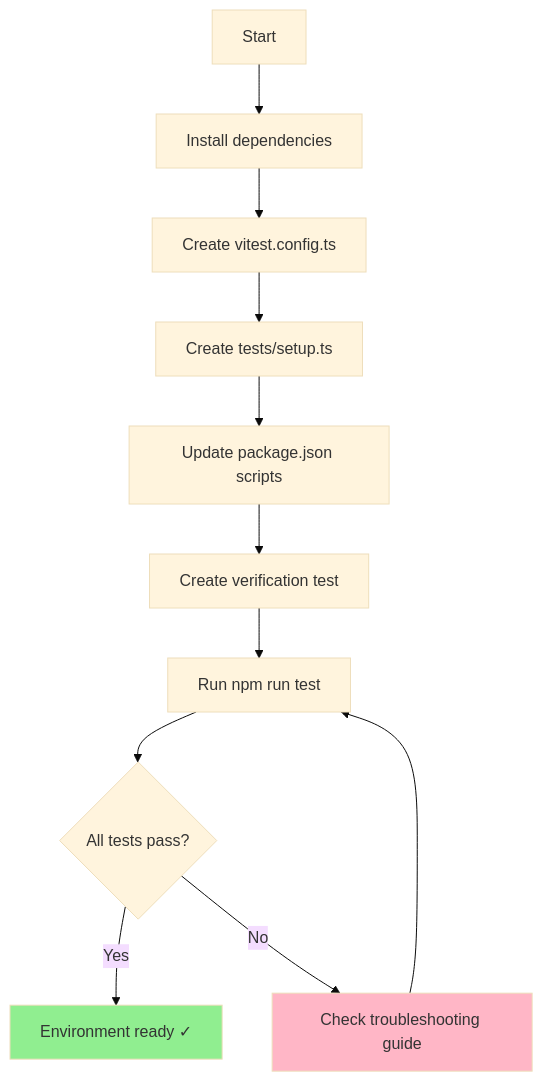
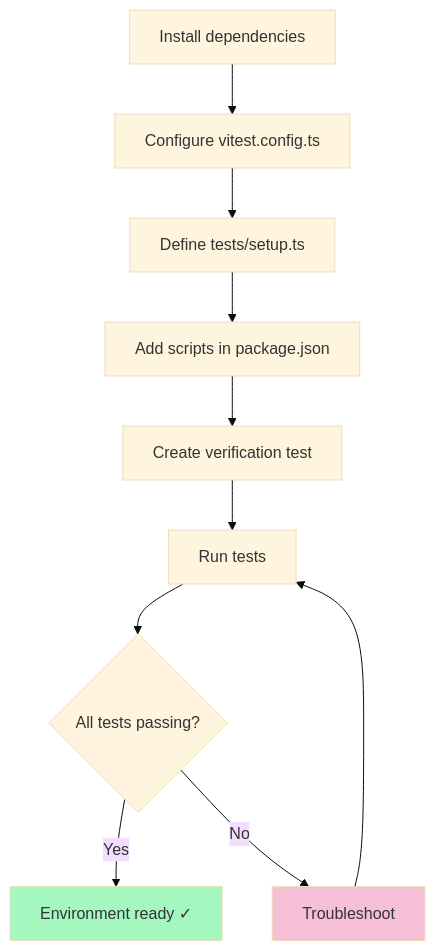
The diagram in src/content/posts/side-project-nutritional-tracker-2.en.md (RadikeCosa/blog-astro), drawn with Mermaid (base theme) before and after one commit. The commit also changed other lines of this file and 10 other files, not shown here.

````diff
--- a/src/content/posts/side-project-nutritional-tracker-2.en.md
+++ b/src/content/posts/side-project-nutritional-tracker-2.en.md
@@ -336,16 +223,14 @@
 ```mermaid
 graph TD
-    A[Start] --> B[Install dependencies]
-    B --> C[Create vitest.config.ts]
-    C --> D[Create tests/setup.ts]
-    D --> E[Update package.json scripts]
-    E --> F[Create verification test]
-    F --> G[Run npm run test]
-    G --> H{All tests pass?}
-    H -->|Yes| I[Environment ready ✓]
-    H -->|No| J[Check troubleshooting guide]
-    J --> G
-
-    style I fill:#90EE90
-    style J fill:#FFB6C6
+    A[Install dependencies] --> B[Configure vitest.config.ts]
+    B --> C[Define tests/setup.ts]
+    C --> D[Add scripts in package.json]
+    D --> E[Create verification test]
+    E --> F[Run tests]
+    F --> G{All tests passing?}
+    G -->|Yes| H[Environment ready ✓]
+    G -->|No| I[Troubleshoot]
+    I --> F
+    style H fill:#A3F7BF
+    style I fill:#F7BFD7
 ```
````
